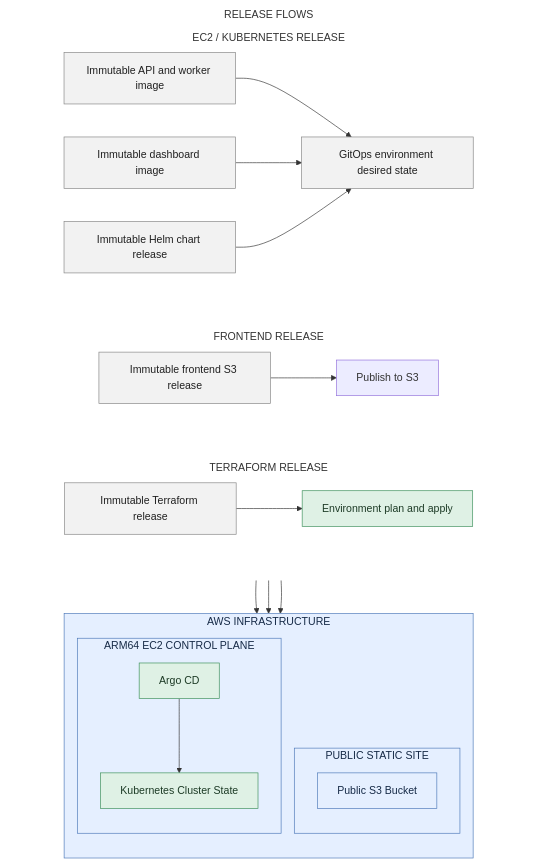
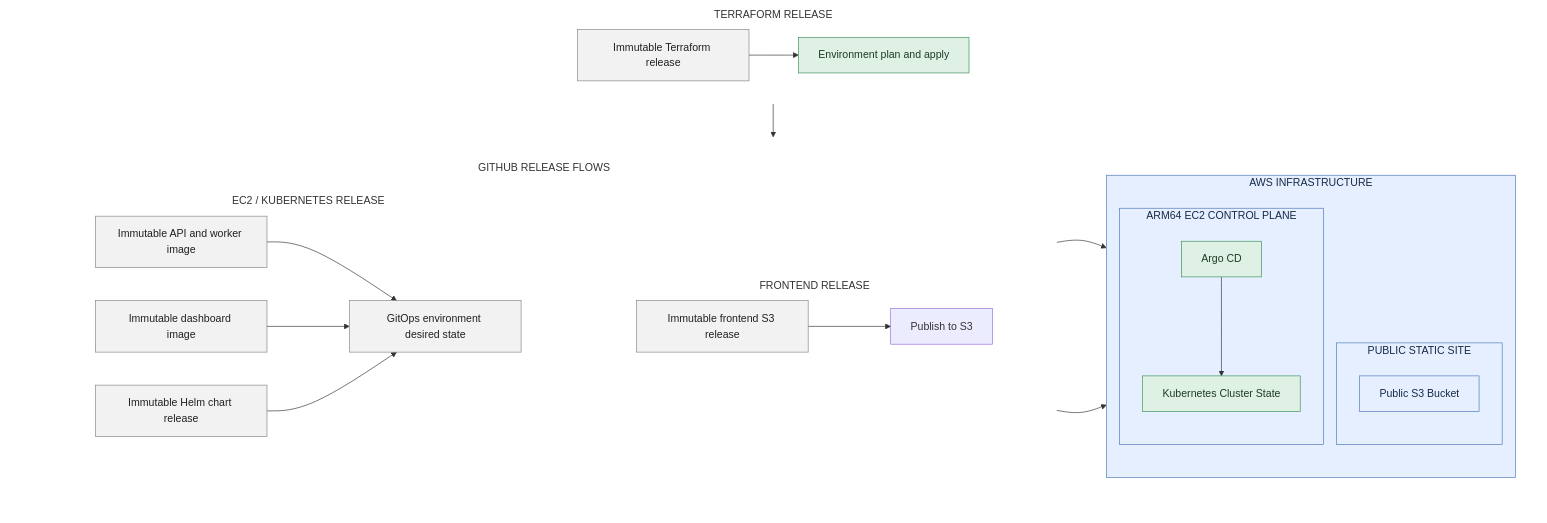
Before and after one commit to winrates-gg/wrgg-public-documentation: the third of 3 diagrams in docs/ci-cd.md, drawn with Mermaid.

Commit message:
Another github rendering experiment

````diff
--- a/docs/ci-cd.md
+++ b/docs/ci-cd.md
@@ -102,57 +102,62 @@
 ```mermaid
 flowchart TB
-    subgraph ReleaseFlows["RELEASE FLOWS"]
+    subgraph TerraformLane["TERRAFORM RELEASE"]
+        direction LR
+        TerraformArtifact["Immutable Terraform release"] --> TerraformApply["Environment plan and apply"]
+    end
+
+    subgraph DeliveryTargets[" "]
         direction LR
 
-        subgraph TerraformLane["TERRAFORM RELEASE"]
-            direction LR
-            TerraformArtifact["Immutable Terraform release"] --> TerraformApply["Environment plan and apply"]
+        subgraph ReleaseFlows["GITHUB RELEASE FLOWS"]
+            direction TB
+
+            subgraph FrontendLane["FRONTEND RELEASE"]
+                direction LR
+                FrontendArtifact["Immutable frontend S3 release"] --> FrontendPublish["Publish to S3"]
+            end
+
+            subgraph RuntimeLane["EC2 / KUBERNETES RELEASE"]
+                direction LR
+                BackendArtifact["Immutable API and worker image"] --> Desired["GitOps environment desired state"]
+                DashboardArtifact["Immutable dashboard image"] --> Desired
+                ChartArtifact["Immutable Helm chart release"] --> Desired
+            end
         end
 
-        subgraph FrontendLane["FRONTEND RELEASE"]
-            direction LR
-            FrontendArtifact["Immutable frontend S3 release"] --> FrontendPublish["Publish to S3"]
-        end
+        subgraph AWSInfra["AWS INFRASTRUCTURE"]
+            direction TB
 
-        subgraph RuntimeLane["EC2 / KUBERNETES RELEASE"]
-            direction LR
-            BackendArtifact["Immutable API and worker image"] --> Desired["GitOps environment desired state"]
-            DashboardArtifact["Immutable dashboard image"] --> Desired
-            ChartArtifact["Immutable Helm chart release"] --> Desired
-        end
-    end
+            subgraph PublicSite["PUBLIC STATIC SITE"]
+                SiteBucket["Public S3 Bucket"]
+            end
 
-    subgraph AWSInfra["AWS INFRASTRUCTURE"]
-        direction TB
-
-        subgraph PublicSite["PUBLIC STATIC SITE"]
-            SiteBucket["Public S3 Bucket"]
-        end
-
-        subgraph ControlPlane["ARM64 EC2 CONTROL PLANE"]
-            Argo["Argo CD"] --> Runtime["Kubernetes Cluster State"]
+            subgraph ControlPlane["ARM64 EC2 CONTROL PLANE"]
+                Argo["Argo CD"] --> Runtime["Kubernetes Cluster State"]
+            end
         end
     end
 
     TerraformApply --> AWSInfra
     FrontendPublish --> SiteBucket
     Desired --> Argo
 
     classDef release fill:#f2f2f2,stroke:#858585,color:#202020
     classDef delivery fill:#dff1e5,stroke:#3b8f5a,color:#1d3b26
     classDef aws fill:#e5efff,stroke:#4c78b8,color:#162a47
     classDef neutral fill:#f2f2f2,stroke:#858585,color:#202020
 
     class TerraformArtifact,FrontendArtifact,BackendArtifact,DashboardArtifact,ChartArtifact release
     class TerraformApply delivery
     class SiteBucket,ControlPlane aws
     class Argo,Runtime delivery
     class Desired neutral
+    style DeliveryTargets fill:none,stroke:none
+    style TerraformLane fill:none,stroke:none
     style ReleaseFlows fill:none,stroke:none
-    style TerraformLane fill:none,stroke:none
     style FrontendLane fill:none,stroke:none
     style RuntimeLane fill:none,stroke:none
     style AWSInfra fill:#e5efff,stroke:#4c78b8,color:#162a47
     style PublicSite fill:#e5efff,stroke:#4c78b8,color:#162a47
     style ControlPlane fill:#e5efff,stroke:#4c78b8,color:#162a47
 ```
````
